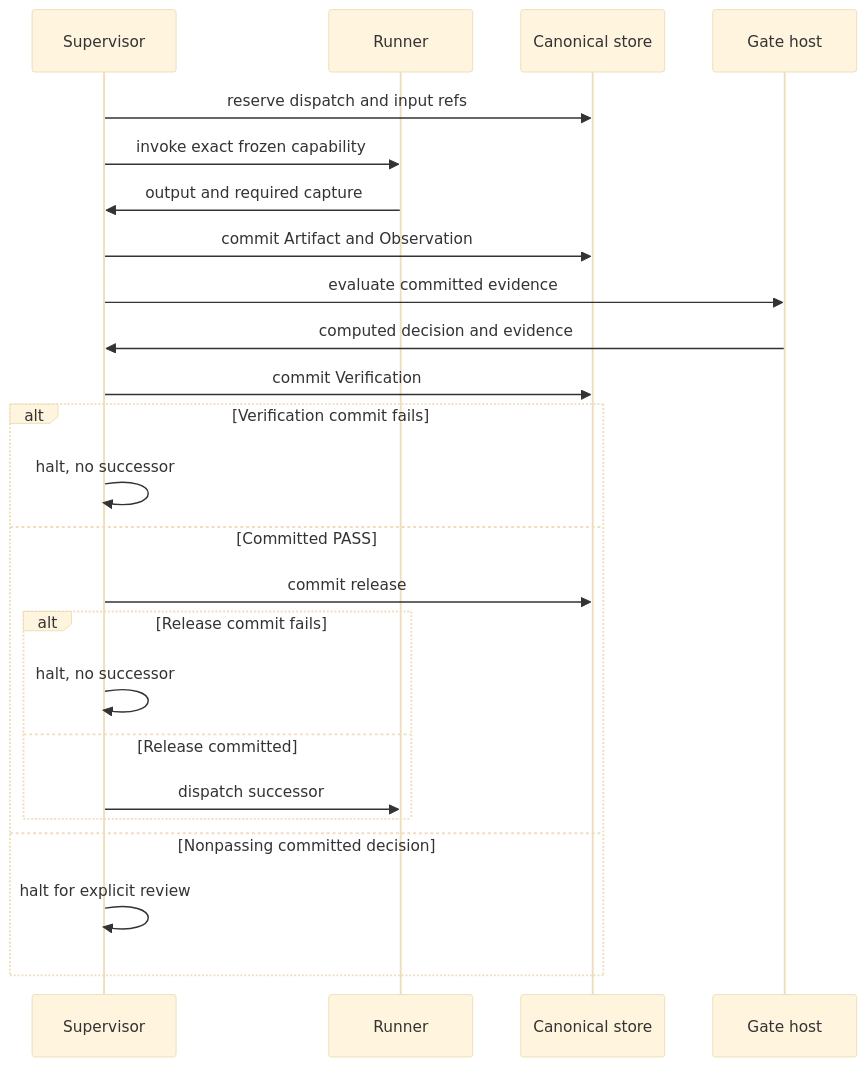
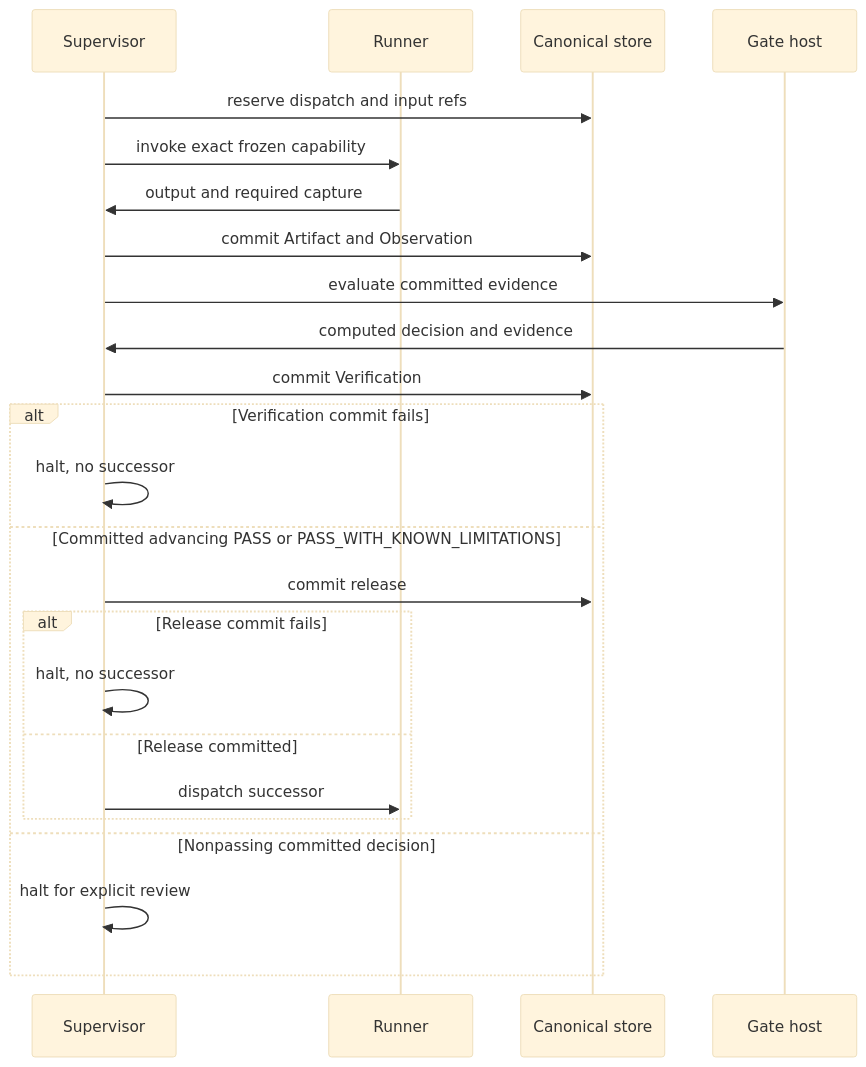
The sixth of 6 diagrams in docs/architecture/system/diagram-atlas.md (Stellven/jiuwenswarm), drawn with Mermaid (base theme) before and after one commit. The commit also changed other lines of this file and 38 other files, not shown here.

Commit message:
Reconcile M1 information flow and Markdown around fixed preparation and planned DAG

````diff
--- a/docs/architecture/system/diagram-atlas.md
+++ b/docs/architecture/system/diagram-atlas.md
@@ -137,26 +150,26 @@
 ```mermaid
 sequenceDiagram
     participant S as Supervisor
     participant R as Runner
     participant D as Canonical store
     participant G as Gate host
     S->>D: reserve dispatch and input refs
     S->>R: invoke exact frozen capability
     R->>S: output and required capture
     S->>D: commit Artifact and Observation
     S->>G: evaluate committed evidence
     G->>S: computed decision and evidence
     S->>D: commit Verification
     alt Verification commit fails
         S->>S: halt, no successor
-    else Committed PASS
+    else Committed advancing PASS or PASS_WITH_KNOWN_LIMITATIONS
         S->>D: commit release
         alt Release commit fails
             S->>S: halt, no successor
         else Release committed
             S->>R: dispatch successor
         end
     else Nonpassing committed decision
         S->>S: halt for explicit review
     end
 ```
````
